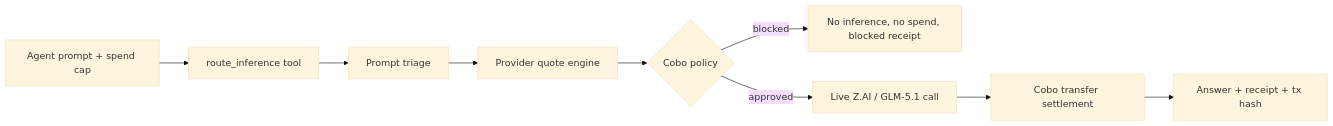
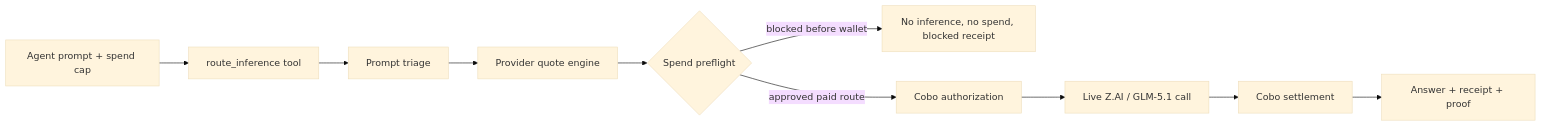
The diagram in README.md (CoboRouter/CoboRouter), drawn with Mermaid (base theme) before and after one commit. The commit also changed other lines of this file and 11 other files, not shown here.

````diff
--- a/README.md
+++ b/README.md
@@ -166,11 +166,12 @@
 ```mermaid
 flowchart LR
   A["Agent prompt + spend cap"] --> B["route_inference tool"]
   B --> C["Prompt triage"]
   C --> D["Provider quote engine"]
-  D --> E{"Cobo policy"}
-  E -->|"blocked"| F["No inference, no spend, blocked receipt"]
-  E -->|"approved"| G["Live Z.AI / GLM-5.1 call"]
-  G --> H["Cobo transfer settlement"]
-  H --> I["Answer + receipt + tx hash"]
+  D --> E{"Spend preflight"}
+  E -->|"blocked before wallet"| F["No inference, no spend, blocked receipt"]
+  E -->|"approved paid route"| G["Cobo authorization"]
+  G --> H["Live Z.AI / GLM-5.1 call"]
+  H --> I["Cobo settlement"]
+  I --> J["Answer + receipt + proof"]
 ```
````
